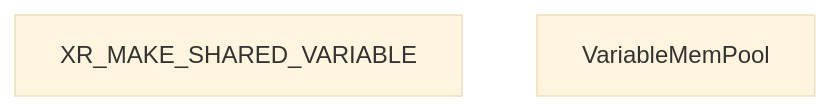
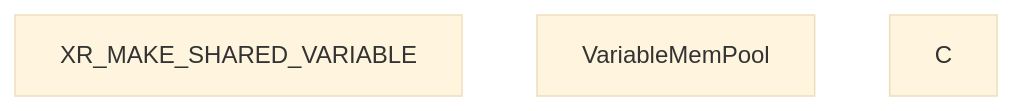
Before and after one commit to huzixuan1/iodraw-files: the diagram in all/未命名-5.md, drawn with Mermaid (base theme).

Commit message:
2025-05-21 16:49:09 update

````diff
--- a/all/未命名-5.md
+++ b/all/未命名-5.md
@@ -1,5 +1,6 @@
 ```mermaid
 graph TD
     A[XR_MAKE_SHARED_VARIABLE]
     B[VariableMemPool]
+    C
 ```
````
